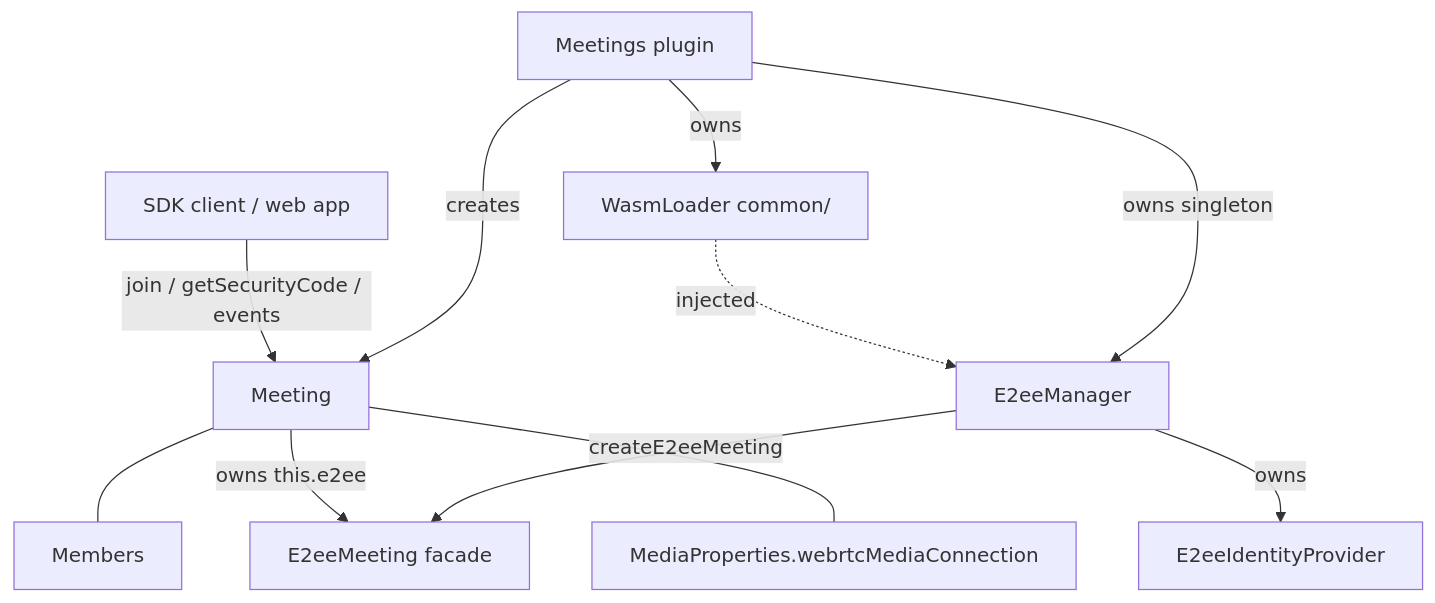
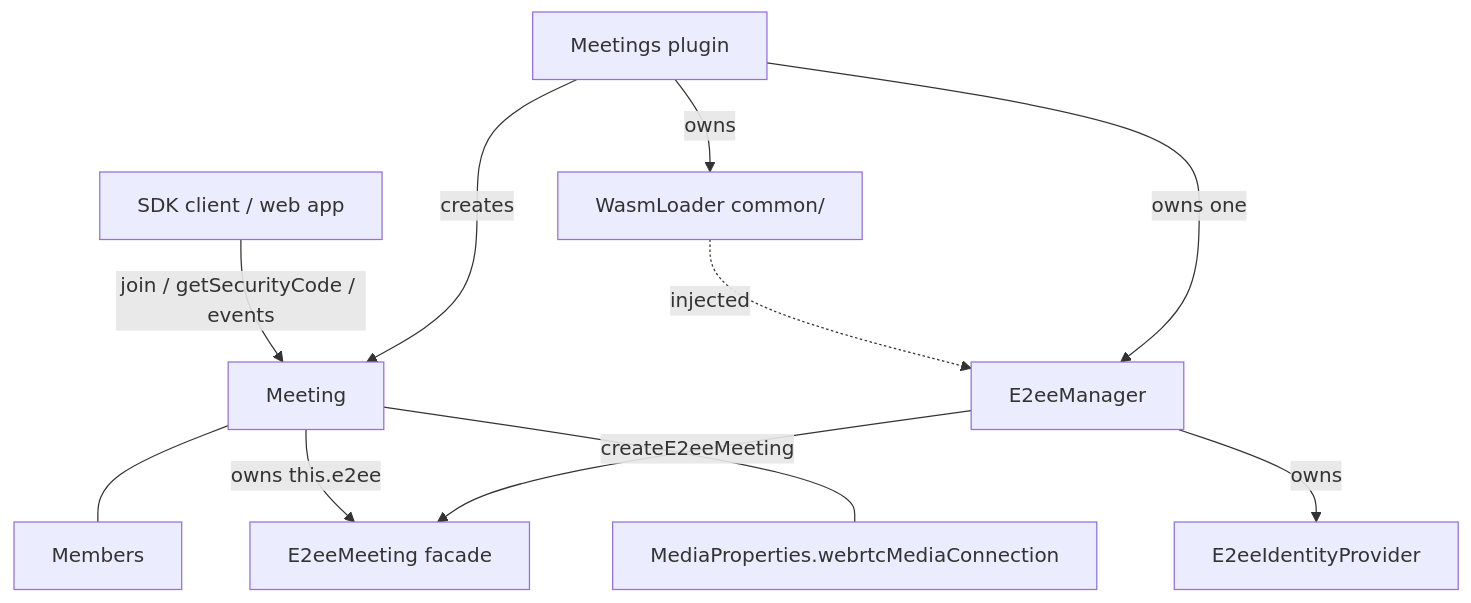
The first of 3 diagrams in packages/@webex/plugin-meetings/src/e2ee/DESIGN.md (webex/webex-js-sdk), drawn with Mermaid before and after one commit. The commit also changed other lines of this file and 10 other files, not shown here.

````diff
--- a/packages/@webex/plugin-meetings/src/e2ee/DESIGN.md
+++ b/packages/@webex/plugin-meetings/src/e2ee/DESIGN.md
@@ -98,13 +98,13 @@
 ```mermaid
 graph TD
     Meetings[Meetings plugin] -->|creates| Meeting[Meeting]
     Meetings -->|owns| WasmLoader[WasmLoader common/]
-    Meetings -->|owns singleton| Mgr[E2eeManager]
+    Meetings -->|owns one| Mgr[E2eeManager]
     WasmLoader -.->|injected| Mgr
     Mgr -->|owns| Ident[E2eeIdentityProvider]
     Mgr -->|createE2eeMeeting| E2eeMeeting[E2eeMeeting facade]
     Meeting -->|owns this.e2ee| E2eeMeeting
     App[SDK client / web app] -->|join / getSecurityCode / events| Meeting
     Meeting --- Members
     Meeting --- MediaProps[MediaProperties.webrtcMediaConnection]
 ```
````
